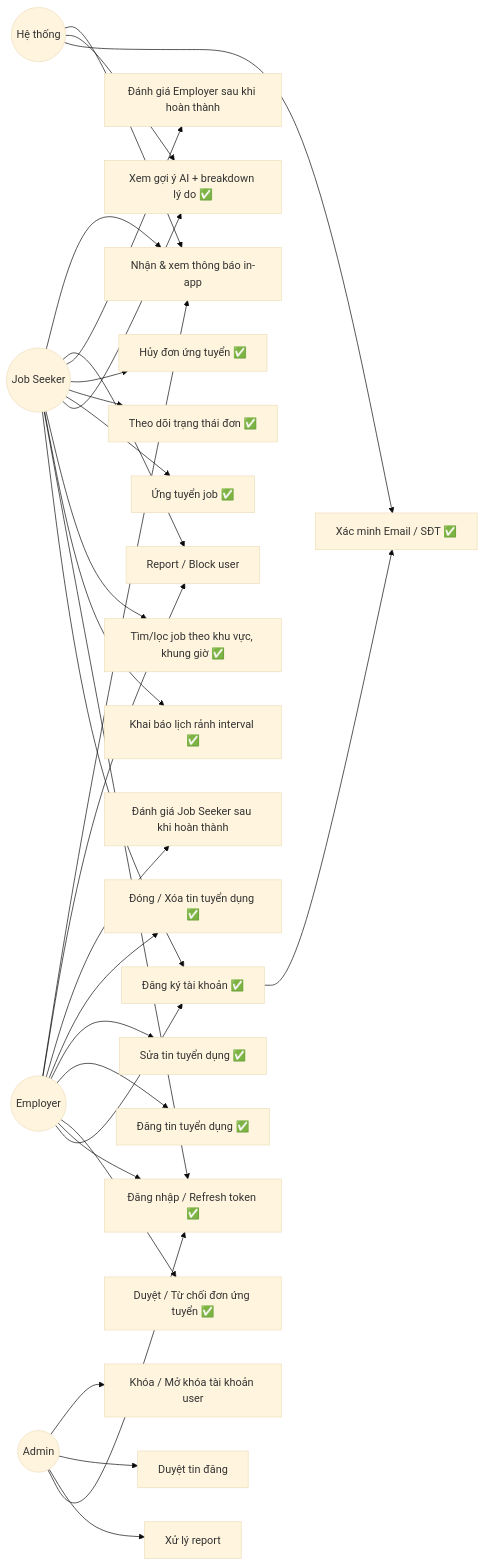
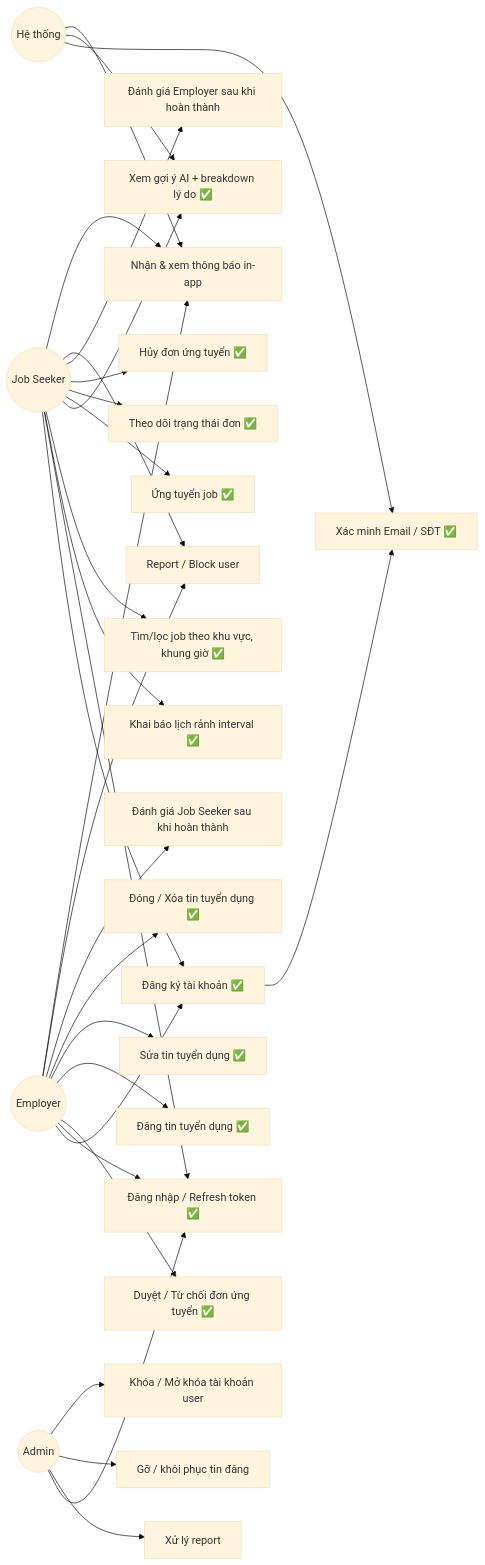
One commit to VanSyx/DATN_TimViecPartTime changed the diagram in docs/design/use-case.md. Above: the diagram before and after it, drawn with Mermaid (base theme). The commit also changed other lines of this file and 20 other files, not shown here.

First line of the commit message:
feat(admin): quản trị viên gỡ/khôi phục tin, khoá/mở khoá tài khoản (FR10)

````diff
--- a/docs/design/use-case.md
+++ b/docs/design/use-case.md
@@ -5,55 +5,55 @@
 ```mermaid
 flowchart LR
     JS((Job Seeker))
     EMP((Employer))
     ADM((Admin))
     SYS((Hệ thống))
 
     %% FR1 - Auth
     JS --> UC1[Đăng ký tài khoản ✅]
     JS --> UC2[Đăng nhập / Refresh token ✅]
     EMP --> UC1
     EMP --> UC2
     ADM --> UC2
 
     %% FR8 - Verification
     UC1 --> UC3[Xác minh Email / SĐT ✅]
     SYS --> UC3
 
     %% FR3 - Availability + Search
     JS --> UC4[Khai báo lịch rảnh interval ✅]
     JS --> UC5[Tìm/lọc job theo khu vực, khung giờ ✅]
 
     %% FR4 - AI Recommendation
     JS --> UC6[Xem gợi ý AI + breakdown lý do ✅]
     SYS --> UC6
 
     %% FR5 - Application flow
     JS --> UC7[Ứng tuyển job ✅]
     JS --> UC8[Theo dõi trạng thái đơn ✅]
     JS --> UC9[Hủy đơn ứng tuyển ✅]
     EMP --> UC10[Duyệt / Từ chối đơn ứng tuyển ✅]
 
     %% FR2 - Job CRUD
     EMP --> UC11[Đăng tin tuyển dụng ✅]
     EMP --> UC12[Sửa tin tuyển dụng ✅]
     EMP --> UC13[Đóng / Xóa tin tuyển dụng ✅]
 
     %% FR6 - Rating
     JS --> UC14[Đánh giá Employer sau khi hoàn thành]
     EMP --> UC15[Đánh giá Job Seeker sau khi hoàn thành]
 
     %% FR7 - Trust & Safety
     JS --> UC16[Report / Block user]
     EMP --> UC16
     ADM --> UC17[Xử lý report]
 
     %% FR9 - Notification
     JS --> UC18[Nhận & xem thông báo in-app]
     EMP --> UC18
     SYS --> UC18
 
     %% FR10 - Admin
-    ADM --> UC19[Duyệt tin đăng]
+    ADM --> UC19[Gỡ / khôi phục tin đăng]
     ADM --> UC20[Khóa / Mở khóa tài khoản user]
 ```
````
